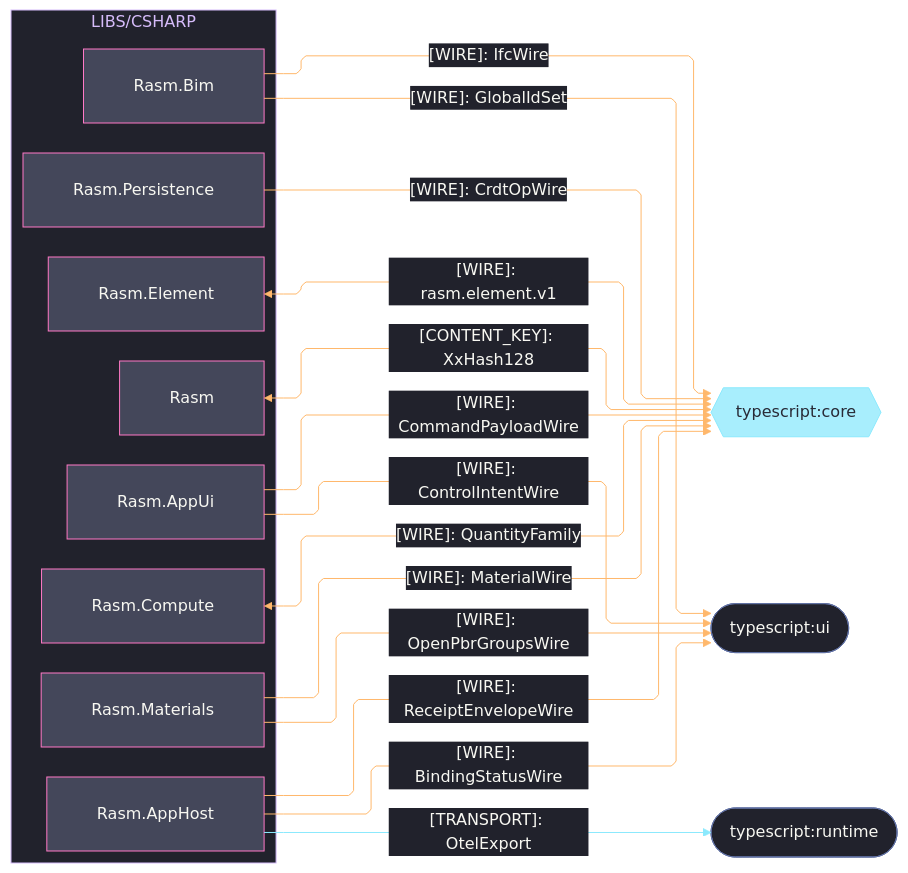
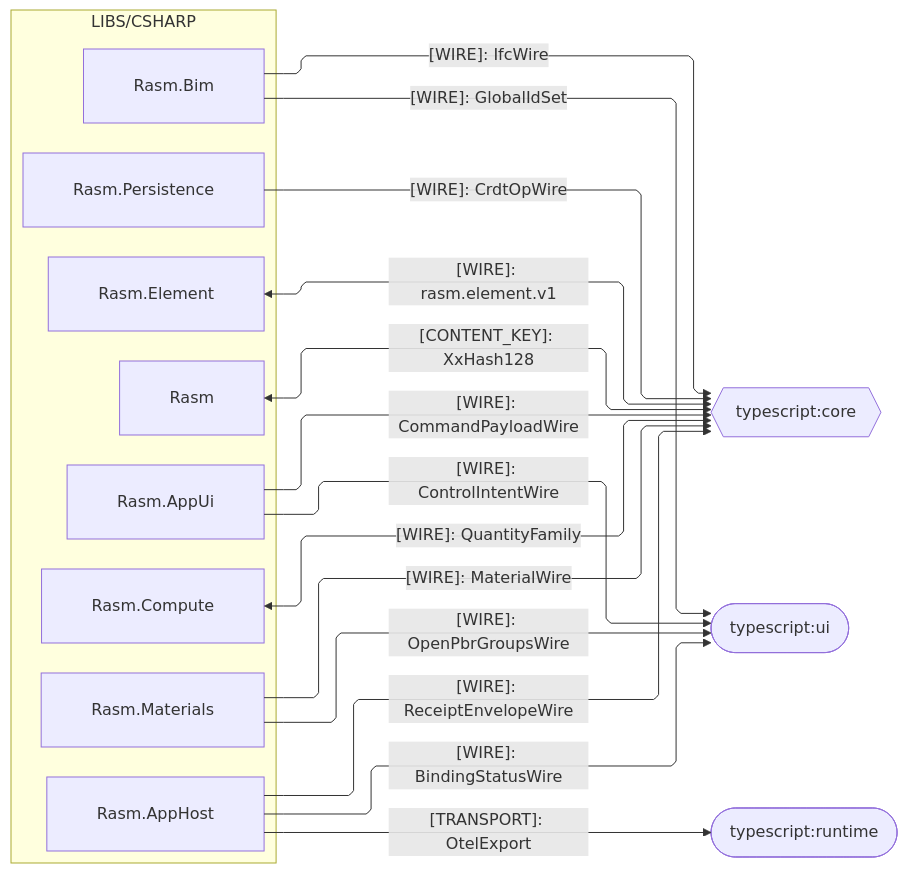
Before and after one commit to bsamiee/Rasm: the third of 3 diagrams in libs/csharp/.planning/ARCHITECTURE.md, drawn with Mermaid. The commit also changed other lines of this file and 460 other files, not shown here.

````diff
--- a/libs/csharp/.planning/ARCHITECTURE.md
+++ b/libs/csharp/.planning/ARCHITECTURE.md
@@ -186,67 +130,38 @@
 ```mermaid
 ---
 config:
-  theme: base
-  look: classic
   layout: elk
   flowchart:
     curve: linear
     padding: 25
-  themeVariables:
-    darkMode: true
-    fontFamily: "SF Mono, Menlo, Cascadia Mono, Segoe UI Mono, Consolas, monospace"
-    useGradient: false
-    dropShadow: "none"
-    background: "#282A36"
-    primaryColor: "#44475A"
-    primaryTextColor: "#F8F8F2"
-    primaryBorderColor: "#BD93F9"
-    lineColor: "#FF79C6"
-    textColor: "#F8F8F2"
-    clusterBkg: "#21222C"
-    clusterBorder: "#D6BCFA"
-    edgeLabelBackground: "#21222C"
-    labelBackgroundColor: "#21222C"
-    titleColor: "#D6BCFA"
-  themeCSS: ".nodeLabel{font-size:13px;font-weight:500}.edgeLabel{font-size:12px;font-weight:500}.cluster-label .nodeLabel{font-size:13.5px;font-weight:700;letter-spacing:.08em}.edge-thickness-normal{stroke-width:2px}.edge-thickness-thick{stroke-width:3px}.edge-pattern-dashed,.edge-pattern-dotted{stroke-width:1.5px;stroke-dasharray:4 6}.node rect,.node circle,.node polygon,.node path,.node .outer-path{stroke-width:1.5px;filter:none!important}.cluster rect{stroke-width:1px!important;stroke-dasharray:5 4!important;filter:none!important}.marker path{transform:scale(.8);transform-origin:5px 5px}.marker circle{transform:scale(.48);transform-origin:5px 5px}.edgeLabel rect{transform-box:fill-box;transform-origin:center;transform:scale(1.1,1.2)}"
 ---
 flowchart LR
     accTitle: C# branch typescript seam registry
-    accDescr: C# packages producing kinded wires the typescript core, runtime, and ui domains decode — data-bearing kinds on the orange rail, telemetry transport on the cyan rail — bidirectional peers as hexagons, one-way sinks as stadiums.
+    accDescr: C# packages producing kinded wires the typescript core, runtime, and ui domains decode — data-bearing wires and the telemetry transport edge, labeled per kind — bidirectional peers as hexagons, one-way sinks as stadiums.
     subgraph csharp[LIBS/CSHARP]
         Rasm[Rasm]
         Element[Rasm.Element]
         Compute[Rasm.Compute]
         Persistence[Rasm.Persistence]
         Bim[Rasm.Bim]
         Materials[Rasm.Materials]
         AppUi[Rasm.AppUi]
         AppHost[Rasm.AppHost]
     end
     TsCore{{typescript:core}}
     TsUi([typescript:ui])
     TsRuntime([typescript:runtime])
-    Rasm e1@<-->|"[CONTENT_KEY]: XxHash128"| TsCore
-    Element e2@<-->|"[WIRE]: rasm.element.v1"| TsCore
-    Compute e3@<-->|"[WIRE]: QuantityFamily"| TsCore
-    Persistence e4@-->|"[WIRE]: CrdtOpWire"| TsCore
-    Bim e5@-->|"[WIRE]: IfcWire"| TsCore
-    Materials e6@-->|"[WIRE]: MaterialWire"| TsCore
-    AppUi e7@-->|"[WIRE]: CommandPayloadWire"| TsCore
-    AppHost e8@-->|"[WIRE]: ReceiptEnvelopeWire"| TsCore
-    Bim e12@-->|"[WIRE]: GlobalIdSet"| TsUi
-    Materials e13@-->|"[WIRE]: OpenPbrGroupsWire"| TsUi
-    AppUi e11@-->|"[WIRE]: ControlIntentWire"| TsUi
-    AppHost e10@-->|"[WIRE]: BindingStatusWire"| TsUi
-    AppHost e9@-->|"[TRANSPORT]: OtelExport"| TsRuntime
-    classDef primary fill:#44475A,stroke:#FF79C6,color:#F8F8F2
-    classDef external fill:#8BE9FDBF,stroke:#8BE9FD,color:#282A36
-    classDef recessed fill:#21222C,stroke:#6272A4,color:#F8F8F2
-    classDef edgeData stroke:#FFB86C,color:#F8F8F2
-    classDef edgeExternal stroke:#8BE9FD,color:#F8F8F2
-    class Rasm,Element,Bim,Materials,AppHost,Compute,Persistence,AppUi primary
-    class TsCore external
-    class TsRuntime,TsUi recessed
-    class e1,e2,e3,e4,e5,e6,e7,e8,e10,e11,e12,e13 edgeData
-    class e9 edgeExternal
+    Rasm <-->|"[CONTENT_KEY]: XxHash128"| TsCore
+    Element <-->|"[WIRE]: rasm.element.v1"| TsCore
+    Compute <-->|"[WIRE]: QuantityFamily"| TsCore
+    Persistence -->|"[WIRE]: CrdtOpWire"| TsCore
+    Bim -->|"[WIRE]: IfcWire"| TsCore
+    Materials -->|"[WIRE]: MaterialWire"| TsCore
+    AppUi -->|"[WIRE]: CommandPayloadWire"| TsCore
+    AppHost -->|"[WIRE]: ReceiptEnvelopeWire"| TsCore
+    Bim -->|"[WIRE]: GlobalIdSet"| TsUi
+    Materials -->|"[WIRE]: OpenPbrGroupsWire"| TsUi
+    AppUi -->|"[WIRE]: ControlIntentWire"| TsUi
+    AppHost -->|"[WIRE]: BindingStatusWire"| TsUi
+    AppHost -->|"[TRANSPORT]: OtelExport"| TsRuntime
 ```
````
